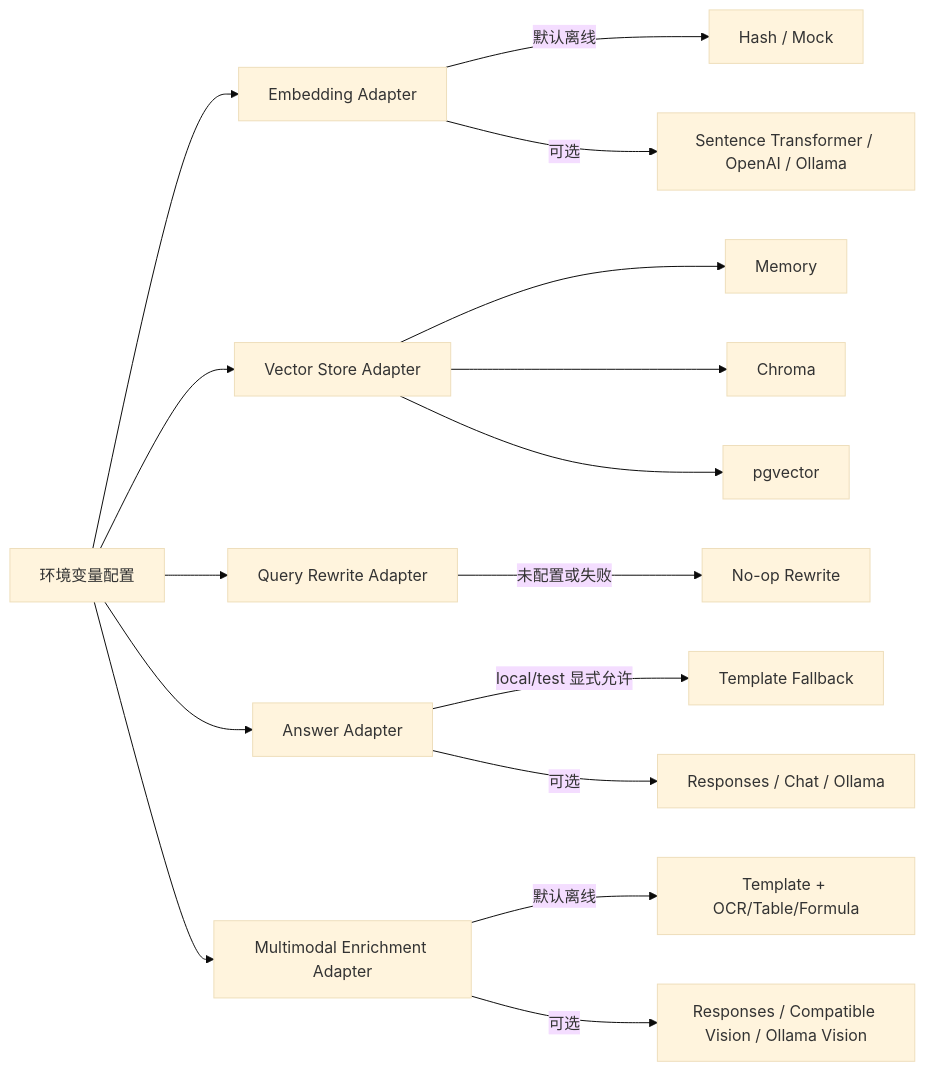
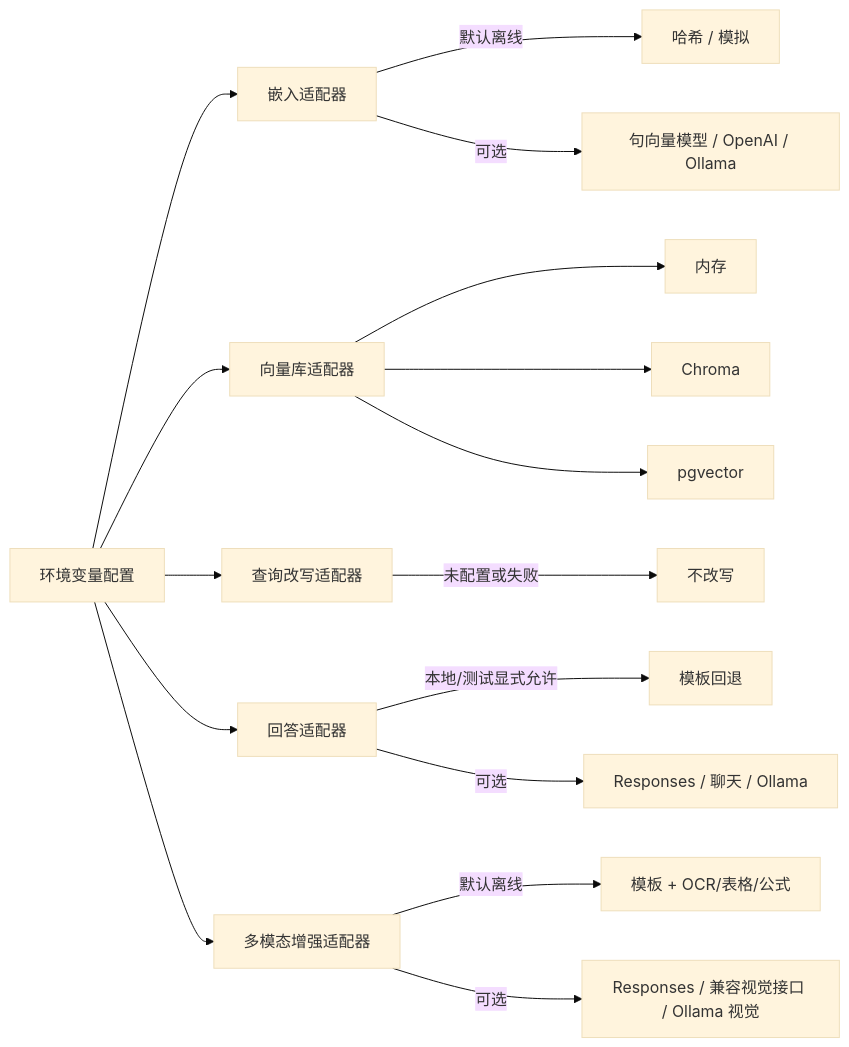
The sixth of 6 diagrams in docs/architecture.md (728792899-create/personal-multimodal-rag), drawn with Mermaid (base theme) before and after one commit. The commit also changed other lines of this file and 156 other files, not shown here.

````diff
--- a/docs/architecture.md
+++ b/docs/architecture.md
@@ -206,19 +206,19 @@
 ```mermaid
 flowchart LR
-  CFG["环境变量配置"] --> EMB["Embedding Adapter"]
-  CFG --> VS["Vector Store Adapter"]
-  CFG --> RW["Query Rewrite Adapter"]
-  CFG --> AG["Answer Adapter"]
-  CFG --> ME["Multimodal Enrichment Adapter"]
+  CFG["环境变量配置"] --> EMB["嵌入适配器"]
+  CFG --> VS["向量库适配器"]
+  CFG --> RW["查询改写适配器"]
+  CFG --> AG["回答适配器"]
+  CFG --> ME["多模态增强适配器"]
 
-  EMB -->|"默认离线"| MOCK["Hash / Mock"]
-  EMB -->|"可选"| REAL_EMB["Sentence Transformer / OpenAI / Ollama"]
-  VS --> MEMORY["Memory"]
+  EMB -->|"默认离线"| MOCK["哈希 / 模拟"]
+  EMB -->|"可选"| REAL_EMB["句向量模型 / OpenAI / Ollama"]
+  VS --> MEMORY["内存"]
   VS --> CHROMA["Chroma"]
   VS --> PG["pgvector"]
-  RW -->|"未配置或失败"| NOOP["No-op Rewrite"]
-  AG -->|"local/test 显式允许"| TEMPLATE["Template Fallback"]
-  AG -->|"可选"| RESPONSES["Responses / Chat / Ollama"]
-  ME -->|"默认离线"| TEMPLATE_ENRICH["Template + OCR/Table/Formula"]
-  ME -->|"可选"| VISION["Responses / Compatible Vision / Ollama Vision"]
+  RW -->|"未配置或失败"| NOOP["不改写"]
+  AG -->|"本地/测试显式允许"| TEMPLATE["模板回退"]
+  AG -->|"可选"| RESPONSES["Responses / 聊天 / Ollama"]
+  ME -->|"默认离线"| TEMPLATE_ENRICH["模板 + OCR/表格/公式"]
+  ME -->|"可选"| VISION["Responses / 兼容视觉接口 / Ollama 视觉"]
 ```
````
